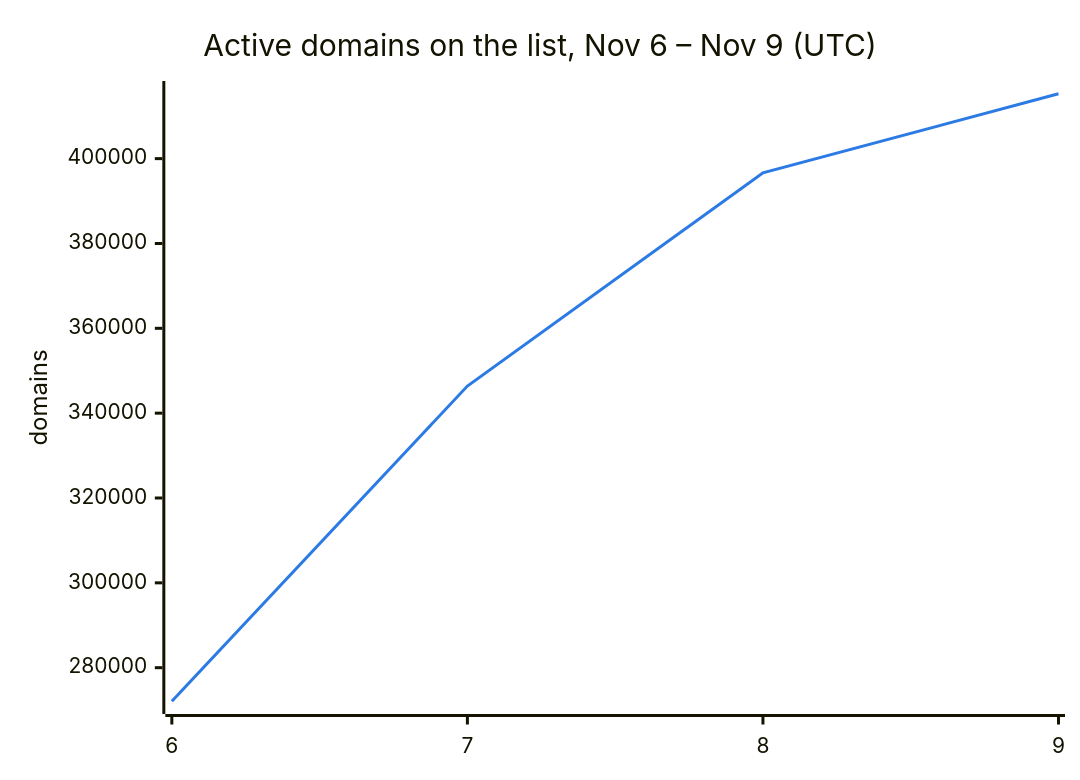
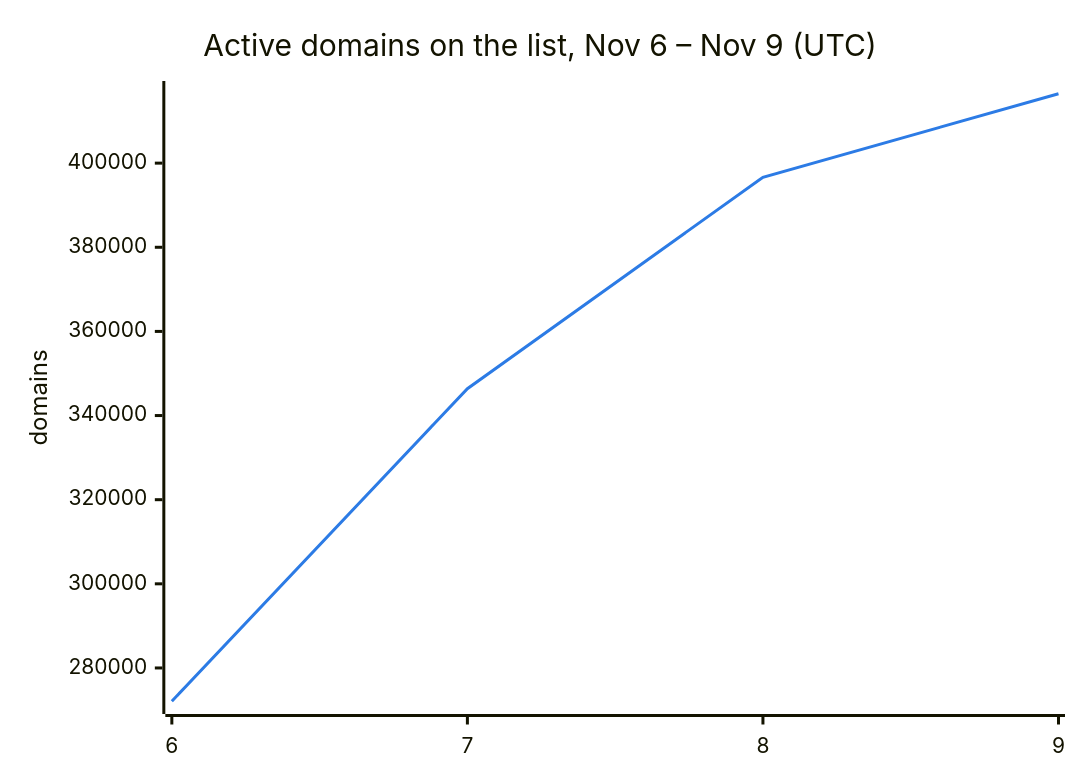
Before and after one commit to DNSBunker/CTI: the second of 3 diagrams in README.md, drawn with Mermaid. The commit also changed other lines of this file and 3 other files, not shown here.

````diff
--- a/README.md
+++ b/README.md
@@ -38,8 +38,8 @@
 ```mermaid
 %%{init: {"themeVariables": {"xyChart": {"plotColorPalette": "#2c7be5"}}}}%%
 xychart-beta
     title "Active domains on the list, Nov 6 – Nov 9 (UTC)"
     x-axis ["6", "7", "8", "9"]
     y-axis "domains"
-    line [272088, 346388, 396638, 415295]
+    line [272088, 346388, 396638, 416494]
 ```
````
